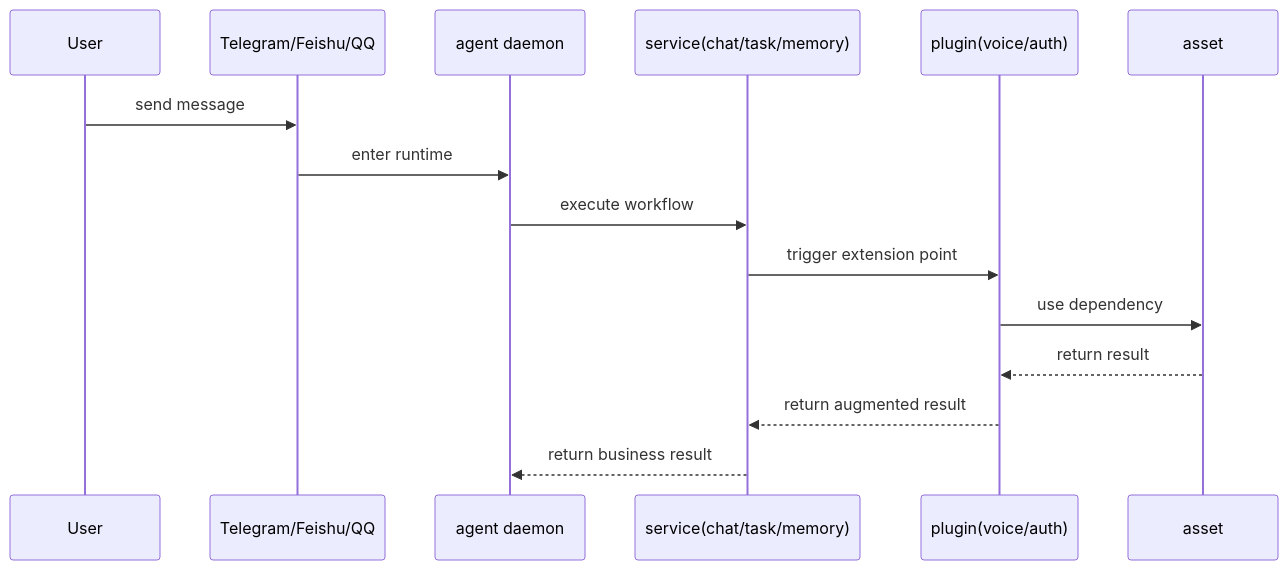
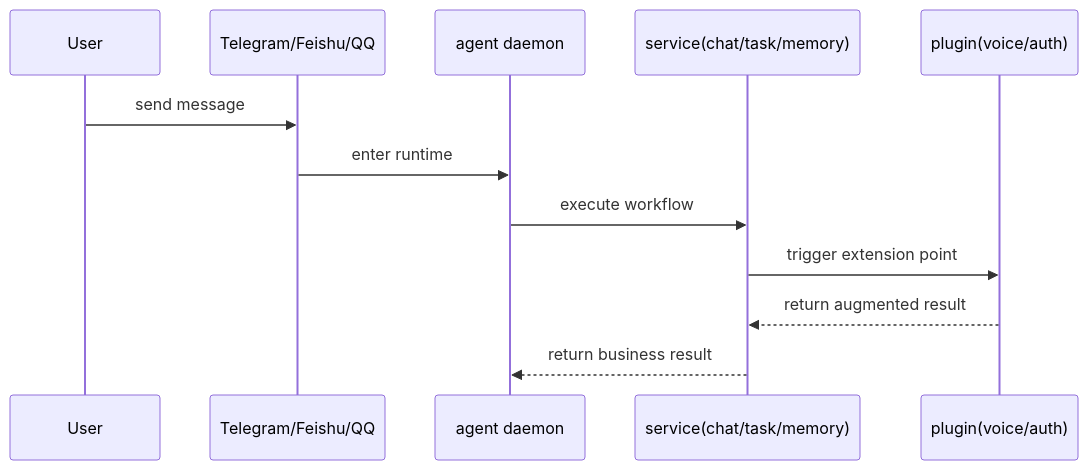
The second of 2 diagrams in homepage/content/docs/en/concepts/logic-map.mdx (wangenius/downcity), drawn with Mermaid before and after one commit. The commit also changed other lines of this file and 92 other files, not shown here.

````diff
--- a/homepage/content/docs/en/concepts/logic-map.mdx
+++ b/homepage/content/docs/en/concepts/logic-map.mdx
@@ -42,18 +41,15 @@
 ```mermaid
 sequenceDiagram
   participant User as User
   participant Channel as Telegram/Feishu/QQ
   participant Agent as agent daemon
   participant Service as service(chat/task/memory)
   participant Plugin as plugin(voice/auth)
-  participant Asset as asset
 
   User->>Channel: send message
   Channel->>Agent: enter runtime
   Agent->>Service: execute workflow
   Service->>Plugin: trigger extension point
-  Plugin->>Asset: use dependency
-  Asset-->>Plugin: return result
   Plugin-->>Service: return augmented result
   Service-->>Agent: return business result
 ```
````
